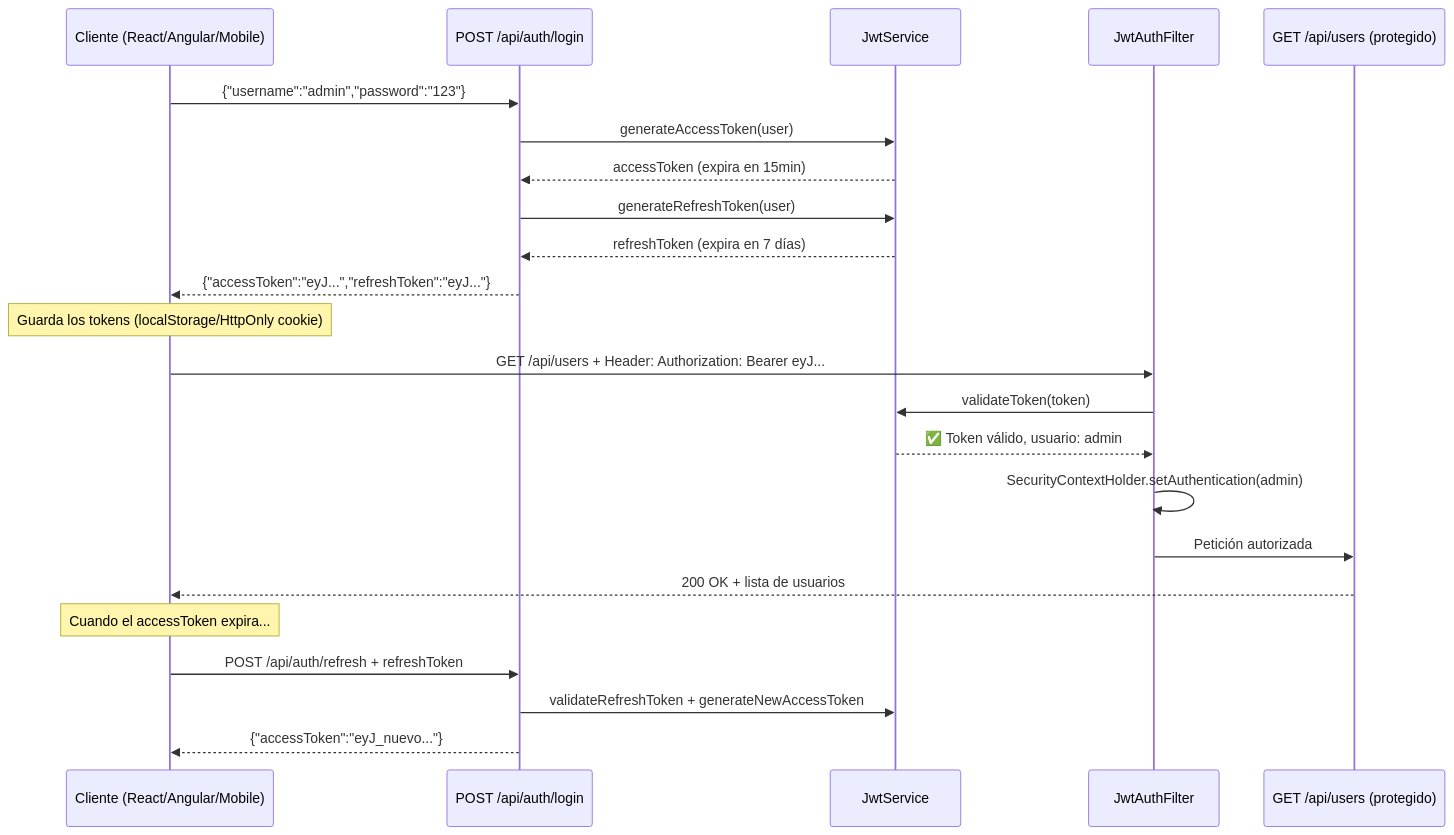
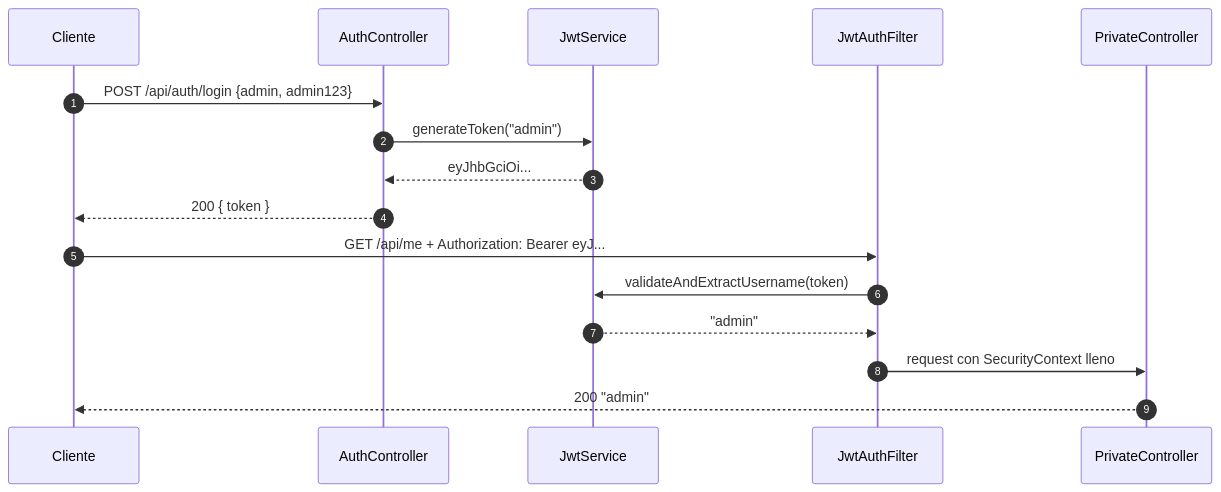
The diagram in 14-jwt/README.md (edgardo001/spring-v4-mastery-roadmap), drawn with Mermaid before and after one commit. The commit also changed other lines of this file and 15 other files, not shown here.

First line of the commit message:
feat(14): JWT authentication with jjwt 0.12.6 and stateless SecurityFilterChain

````diff
--- a/14-jwt/README.md
+++ b/14-jwt/README.md
@@ -18,29 +24,18 @@
 ```mermaid
 sequenceDiagram
-    participant Client as Cliente (React/Angular/Mobile)
-    participant Auth as POST /api/auth/login
-    participant JWT as JwtService
-    participant Filter as JwtAuthFilter
-    participant API as GET /api/users (protegido)
-
-    Client->>Auth: {"username":"admin","password":"123"}
-    Auth->>JWT: generateAccessToken(user)
-    JWT-->>Auth: accessToken (expira en 15min)
-    Auth->>JWT: generateRefreshToken(user)
-    JWT-->>Auth: refreshToken (expira en 7 días)
-    Auth-->>Client: {"accessToken":"eyJ...","refreshToken":"eyJ..."}
-
-    Note over Client: Guarda los tokens (localStorage/HttpOnly cookie)
-
-    Client->>Filter: GET /api/users + Header: Authorization: Bearer eyJ...
-    Filter->>JWT: validateToken(token)
-    JWT-->>Filter: ✅ Token válido, usuario: admin
-    Filter->>Filter: SecurityContextHolder.setAuthentication(admin)
-    Filter->>API: Petición autorizada
-    API-->>Client: 200 OK + lista de usuarios
-
-    Note over Client: Cuando el accessToken expira...
-    Client->>Auth: POST /api/auth/refresh + refreshToken
-    Auth->>JWT: validateRefreshToken + generateNewAccessToken
-    Auth-->>Client: {"accessToken":"eyJ_nuevo..."}
+    autonumber
+    participant C as Cliente
+    participant A as AuthController
+    participant J as JwtService
+    participant F as JwtAuthFilter
+    participant P as PrivateController
+    C->>A: POST /api/auth/login {admin, admin123}
+    A->>J: generateToken("admin")
+    J-->>A: eyJhbGciOi...
+    A-->>C: 200 { token }
+    C->>F: GET /api/me + Authorization: Bearer eyJ...
+    F->>J: validateAndExtractUsername(token)
+    J-->>F: "admin"
+    F->>P: request con SecurityContext lleno
+    P-->>C: 200 "admin"
 ```
````
